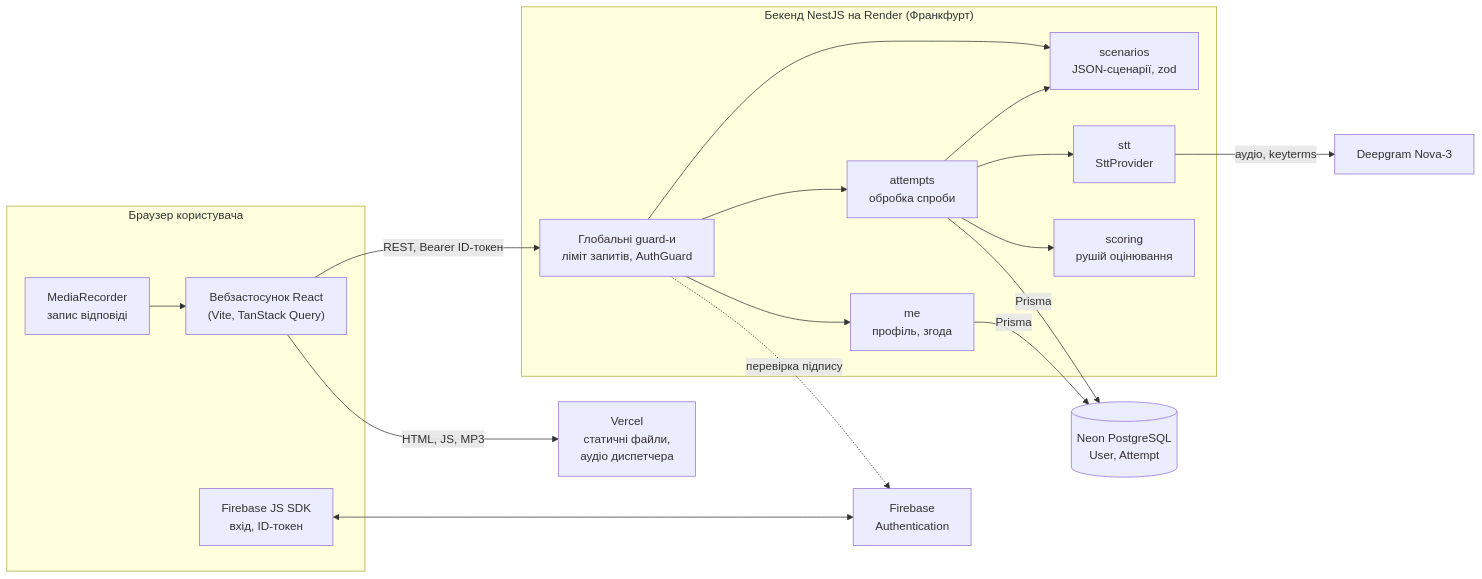
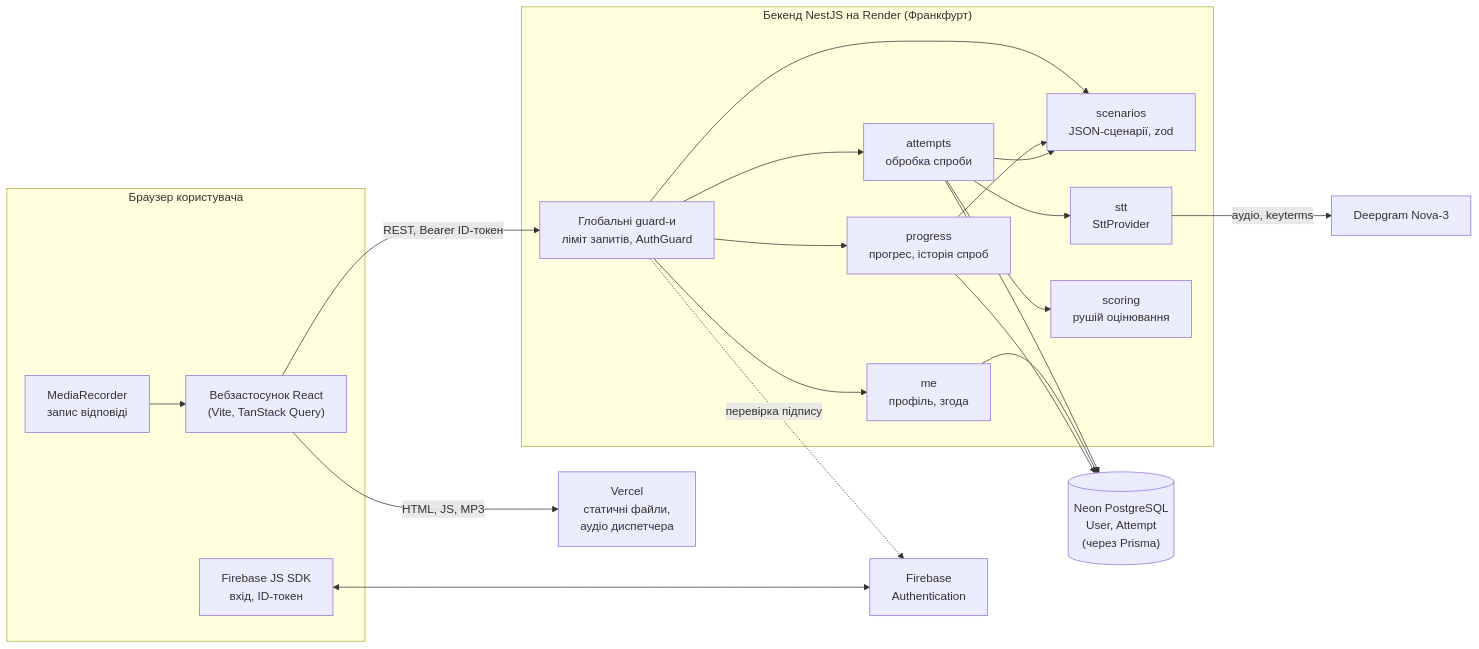
Before and after one commit to SergeyPoly/goit--apstone-project-AeroSpeak-BE: the diagram in docs/diagrams/arch.mmd, drawn with Mermaid. The commit also changed 5 other files, not shown here.

First line of the commit message:
docs: update diagrams for the progress API

```diff
--- a/docs/diagrams/arch.mmd
+++ b/docs/diagrams/arch.mmd
@@ -1,28 +1,31 @@
 flowchart LR
   subgraph Client["Браузер користувача"]
     MR["MediaRecorder<br/>запис відповіді"] --> UI["Вебзастосунок React<br/>(Vite, TanStack Query)"]
     FBSDK["Firebase JS SDK<br/>вхід, ID-токен"]
   end
   STATIC["Vercel<br/>статичні файли,<br/>аудіо диспетчера"]
   subgraph Render["Бекенд NestJS на Render (Франкфурт)"]
     G["Глобальні guard-и<br/>ліміт запитів, AuthGuard"]
     SC["scenarios<br/>JSON-сценарії, zod"]
     ME["me<br/>профіль, згода"]
     AT["attempts<br/>обробка спроби"]
+    PR["progress<br/>прогрес, історія спроб"]
     STT["stt<br/>SttProvider"]
     SCORE["scoring<br/>рушій оцінювання"]
-    G --> SC & ME & AT
+    G --> SC & ME & AT & PR
+    PR --> SC
     AT --> STT
     AT --> SCORE
     AT --> SC
   end
-  DB[("Neon PostgreSQL<br/>User, Attempt")]
+  DB[("Neon PostgreSQL<br/>User, Attempt<br/>(через Prisma)")]
   DG["Deepgram Nova-3"]
   FB["Firebase<br/>Authentication"]
   UI -- "HTML, JS, MP3" --> STATIC
   FBSDK <--> FB
   UI -- "REST, Bearer ID-токен" --> G
   G -. "перевірка підпису" .-> FB
   STT -- "аудіо, keyterms" --> DG
-  AT -- Prisma --> DB
-  ME -- Prisma --> DB
+  AT --> DB
+  ME --> DB
+  PR --> DB
```
